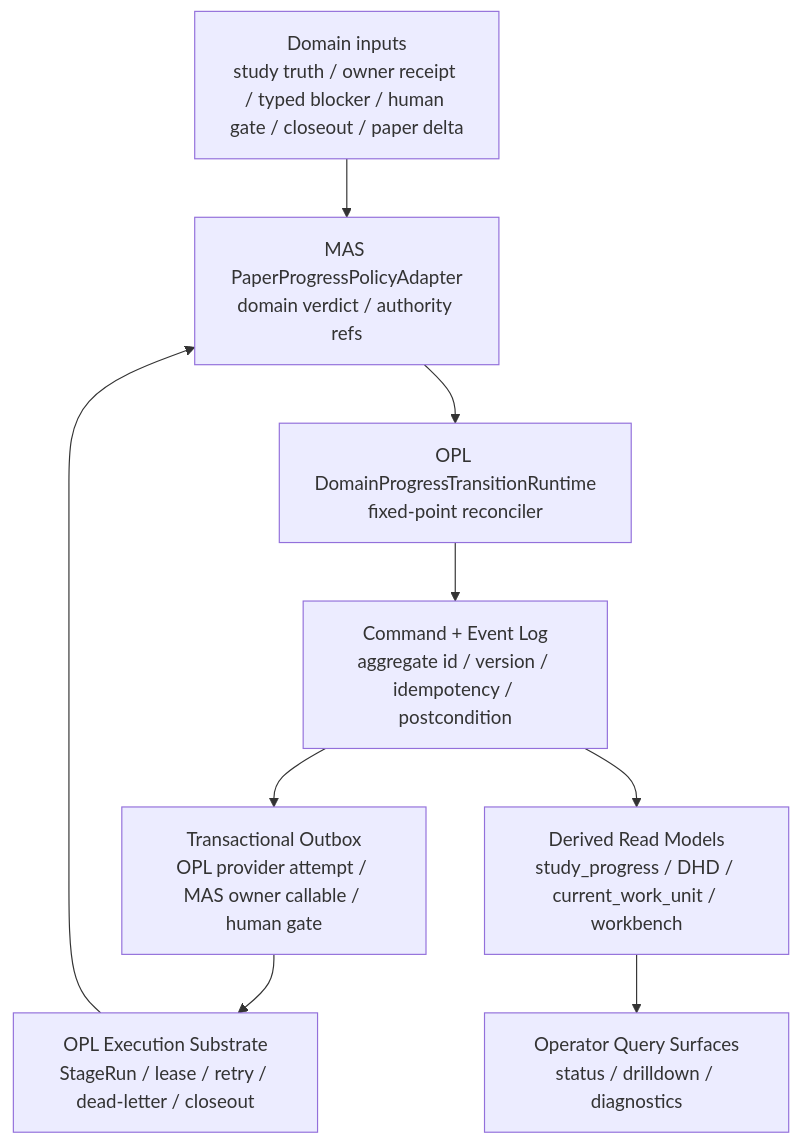
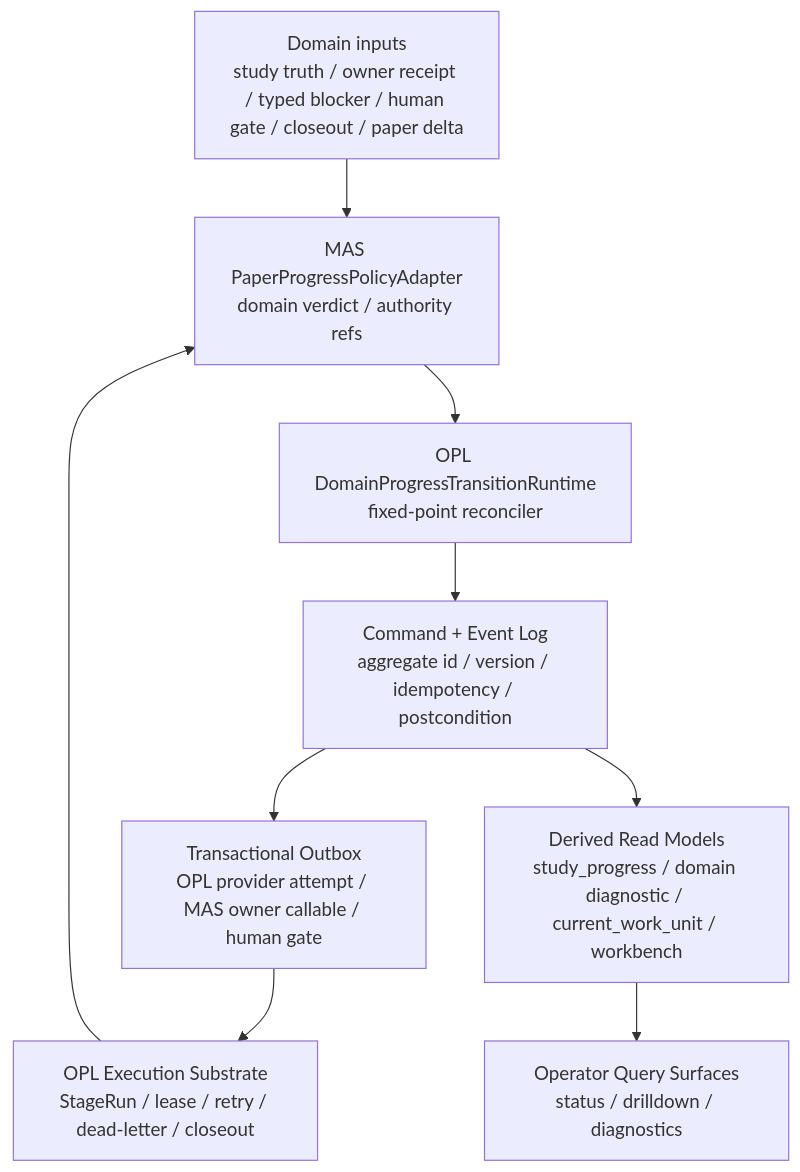
Before and after one commit to gaofeng21cn/med-autoscience: the diagram in docs/runtime/designs/paper_progress_transition_kernel_target.md, drawn with Mermaid. The commit also changed other lines of this file and 529 other files, not shown here.

````diff
--- a/docs/runtime/designs/paper_progress_transition_kernel_target.md
+++ b/docs/runtime/designs/paper_progress_transition_kernel_target.md
@@ -85,11 +85,11 @@
 ```mermaid
 flowchart TD
   A["Domain inputs<br/>study truth / owner receipt / typed blocker / human gate / closeout / paper delta"] --> M["MAS PaperProgressPolicyAdapter<br/>domain verdict / authority refs"]
   M --> K["OPL DomainProgressTransitionRuntime<br/>fixed-point reconciler"]
   K --> L["Command + Event Log<br/>aggregate id / version / idempotency / postcondition"]
   L --> O["Transactional Outbox<br/>OPL provider attempt / MAS owner callable / human gate"]
   O --> P["OPL Execution Substrate<br/>StageRun / lease / retry / dead-letter / closeout"]
   P --> M
-  L --> R["Derived Read Models<br/>study_progress / DHD / current_work_unit / workbench"]
+  L --> R["Derived Read Models<br/>study_progress / domain diagnostic / current_work_unit / workbench"]
   R --> Q["Operator Query Surfaces<br/>status / drilldown / diagnostics"]
 ```
````
